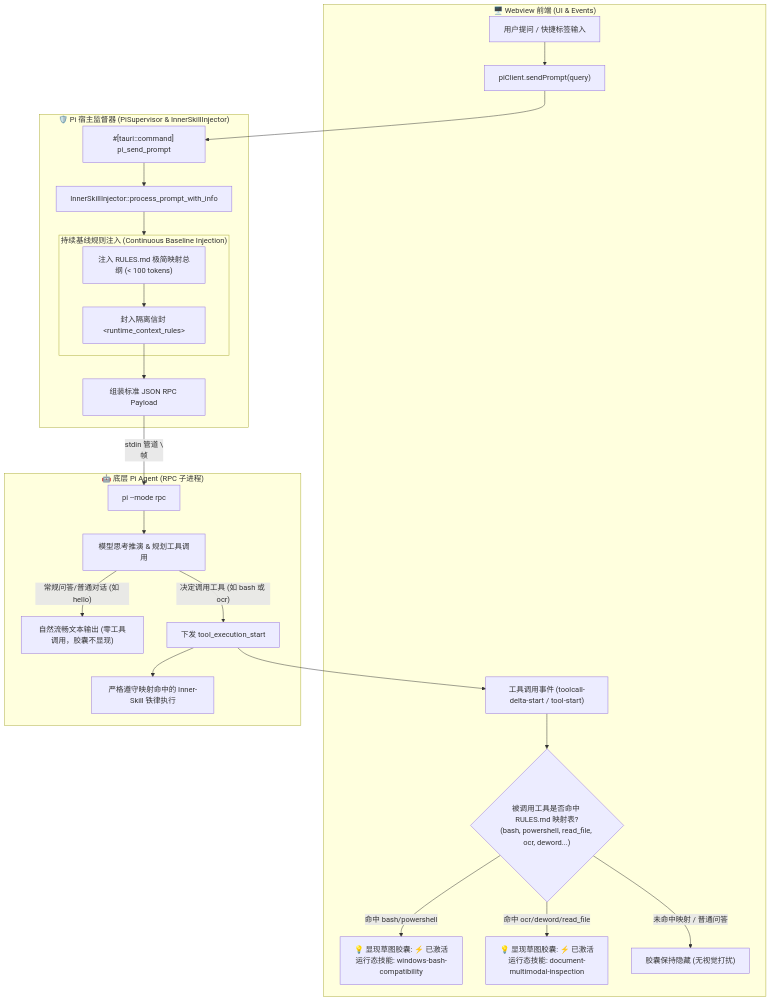
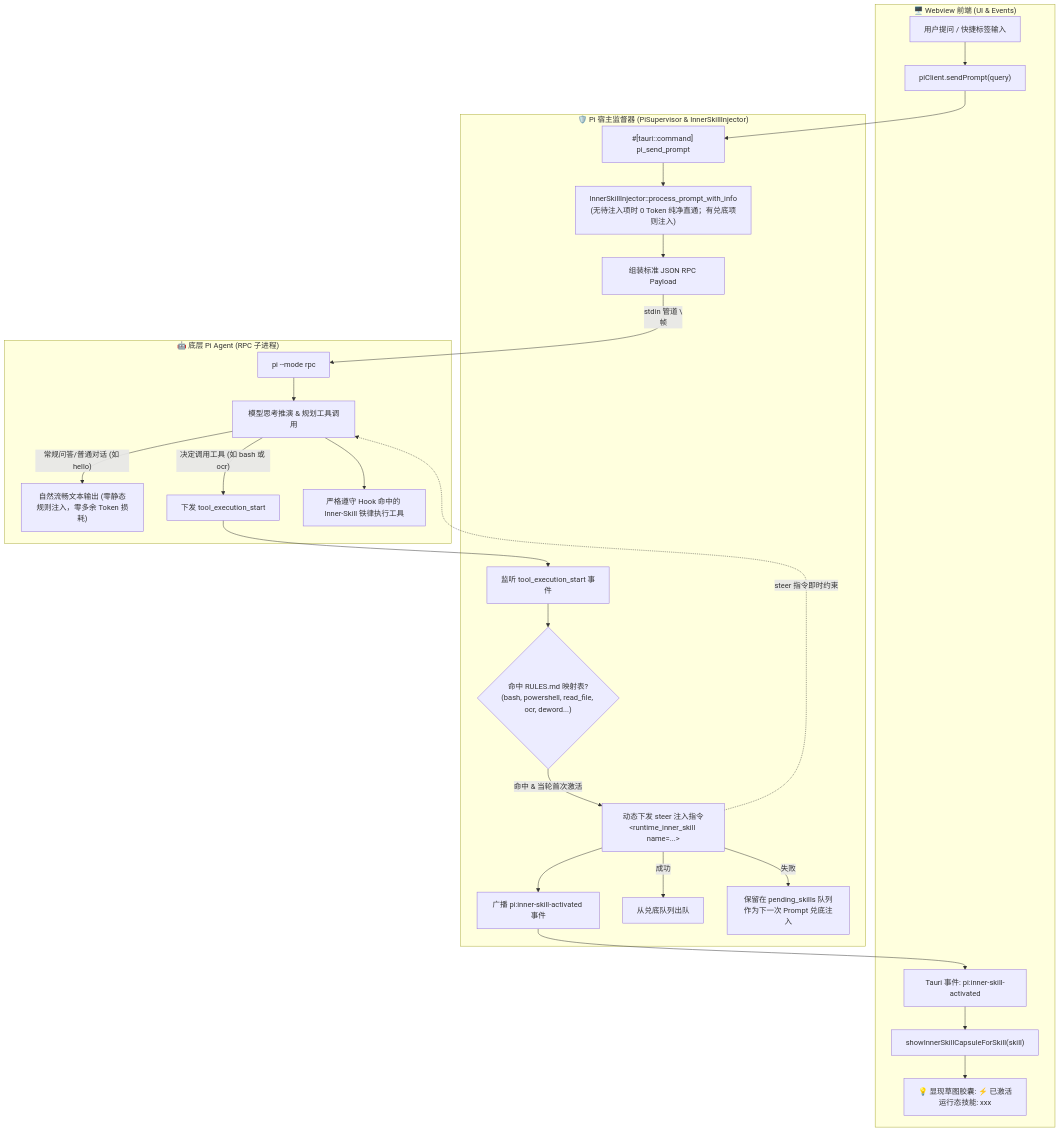
Before and after one commit to jiangyinluwei/pi-desktop-lite: the diagram in .agents/skills/inner-skills-injection/SKILL.md, drawn with Mermaid. The commit also changed other lines of this file and 8 other files, not shown here.

Commit message:
feat: implement Pi process supervisor, RPC communication, and agent skill injection framework

````diff
--- a/.agents/skills/inner-skills-injection/SKILL.md
+++ b/.agents/skills/inner-skills-injection/SKILL.md
@@ -38,33 +38,32 @@
 ```mermaid
 flowchart TD
     subgraph Frontend ["🖥️ Webview 前端 (UI & Events)"]
         UserInput["用户提问 / 快捷标签输入"] --> ClientSend["piClient.sendPrompt(query)"]
-        ToolEvent["工具调用事件 (toolcall-delta-start / tool-start)"] --> TriggerCapsule{"被调用工具是否命中 RULES.md 映射表?<br/>(bash, powershell, read_file, ocr, deword...)"}
-        TriggerCapsule -- 命中 bash/powershell --> CapsuleBash["💡 显现草图胶囊: ⚡ 已激活运行态技能: windows-bash-compatibility"]
-        TriggerCapsule -- 命中 ocr/deword/read_file --> CapsuleDoc["💡 显现草图胶囊: ⚡ 已激活运行态技能: document-multimodal-inspection"]
-        TriggerCapsule -- 未命中映射 / 普通问答 --> HideCapsule["胶囊保持隐藏 (无视觉打扰)"]
+        EventSkill["Tauri 事件: pi:inner-skill-activated"] --> UpdateCapsule["showInnerSkillCapsuleForSkill(skill)"]
+        UpdateCapsule --> CapsuleDisplay["💡 显现草图胶囊: ⚡ 已激活运行态技能: xxx"]
     end
 
     subgraph RustSupervisor ["🛡️ Pi 宿主监督器 (PiSupervisor & InnerSkillInjector)"]
         ClientSend --> CmdPrompt["#[tauri::command] pi_send_prompt"]
-        CmdPrompt --> Injector["InnerSkillInjector::process_prompt_with_info"]
+        CmdPrompt --> InjectorPrompt["InnerSkillInjector::process_prompt_with_info<br/>(无待注入项时 0 Token 纯净直通；有兑底项则注入)"]
+        InjectorPrompt --> FinalPrompt["组装标准 JSON RPC Payload"]
         
-        subgraph Pipeline ["持续基线规则注入 (Continuous Baseline Injection)"]
-            InjectRules["注入 RULES.md 极简映射总纲 (< 100 tokens)"]
-            InjectRules --> Envelope["封入隔离信封 &lt;runtime_context_rules&gt;"]
-        end
-
-        Injector --> Pipeline
-        Envelope --> FinalPrompt["组装标准 JSON RPC Payload"]
+        ToolHookStart["监听 tool_execution_start 事件"] --> HookCheck{"命中 RULES.md 映射表?<br/>(bash, powershell, read_file, ocr, deword...)"}
+        HookCheck -- 命中 & 当轮首次激活 --> DoSteer["动态下发 steer 注入指令<br/>&lt;runtime_inner_skill name=...&gt;"]
+        DoSteer --> EmitEvent["广播 pi:inner-skill-activated 事件"]
+        EmitEvent --> EventSkill
+        DoSteer -- 成功 --> Dequeue["从兑底队列出队"]
+        DoSteer -- 失败 --> QueuePrompt["保留在 pending_skills 队列<br/>作为下一次 Prompt 兑底注入"]
     end
     
     subgraph PiProcess ["🤖 底层 Pi Agent (RPC 子进程)"]
         FinalPrompt -->|stdin 管道 \\n 帧| PiEngine["pi --mode rpc"]
         PiEngine --> ModelThink["模型思考推演 & 规划工具调用"]
         
-        ModelThink -- 常规问答/普通对话 (如 hello) --> CleanOutput["自然流畅文本输出 (零工具调用，胶囊不显现)"]
+        ModelThink -- 常规问答/普通对话 (如 hello) --> CleanOutput["自然流畅文本输出 (零静态规则注入，零多余 Token 损耗)"]
         ModelThink -- 决定调用工具 (如 bash 或 ocr) --> DispatchTool["下发 tool_execution_start"]
-        DispatchTool --> ToolEvent
-        DispatchTool --> ToolStrict["严格遵守映射命中的 Inner-Skill 铁律执行"]
+        DispatchTool --> ToolHookStart
+        DoSteer -.->|steer 指令即时约束| ModelThink
+        ModelThink --> ToolStrict["严格遵守 Hook 命中的 Inner-Skill 铁律执行工具"]
     end
 ```
````
